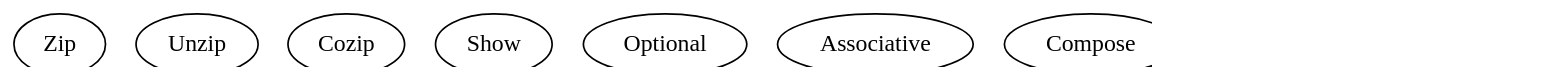
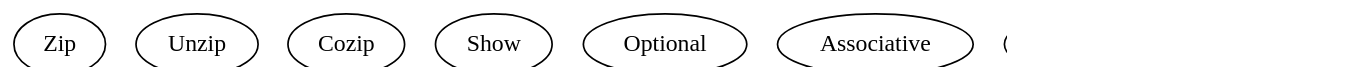
The fourth of 13 diagrams in manuscript/book.org (fommil/fpmortals), drawn with Graphviz before and after one commit. The commit also changed other lines of this file and 3 other files, not shown here.

```diff
--- a/manuscript/book.org
+++ b/manuscript/book.org
@@ -3121,16 +3121,15 @@
 #+BEGIN_SRC dot :file images/scalaz-core-loners.png :exports results
 digraph G {
     graph [dpi=100, rankdir=BT];
     node [fontname=Hack];
 
     Zip;
     Unzip;
     Cozip;
     Show;
     Optional;
     Associative;
-    Compose;
     Resource;
     Catchable;
 }
 #+END_SRC
```
